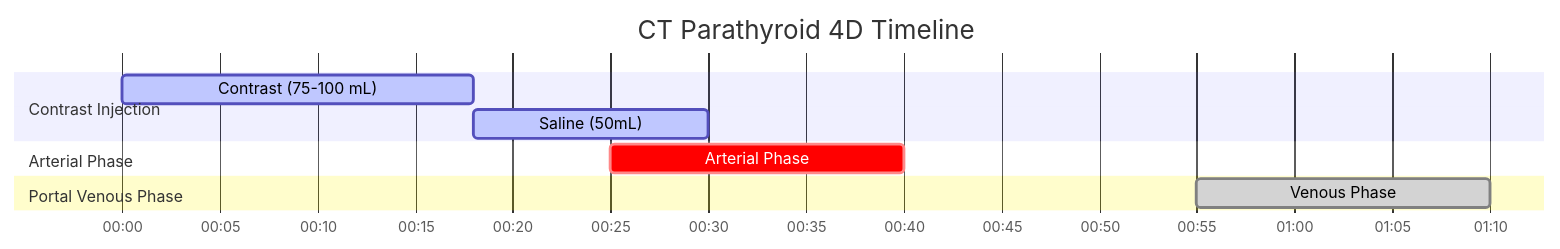
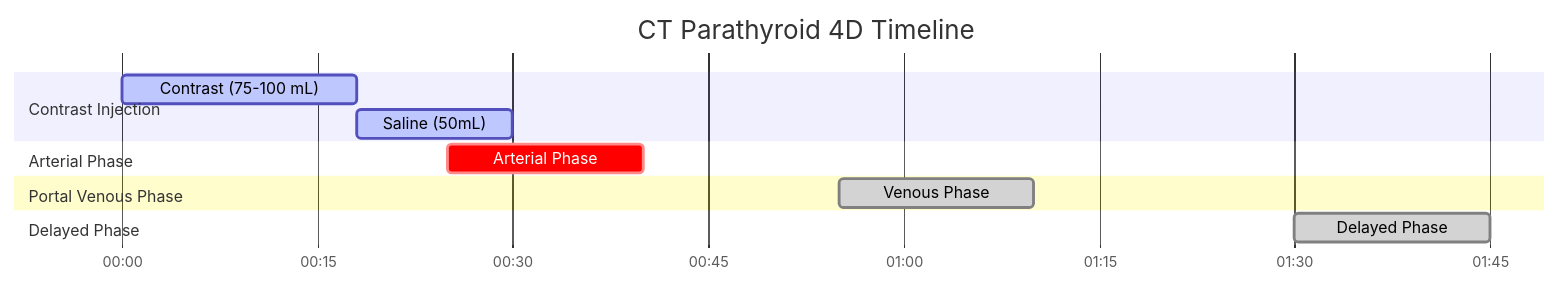
One commit to dfergs93/radiology-protocols changed the diagram in docs/ct/neuro/ct-parathyroid-4d.md. Above: the diagram before and after it, drawn with Mermaid. The commit also changed other lines of this file and 79 other files, not shown here.

````diff
--- a/docs/ct/neuro/ct-parathyroid-4d.md
+++ b/docs/ct/neuro/ct-parathyroid-4d.md
@@ -84,18 +85,20 @@
   ```mermaid
   ---
   config:
     theme: default
   ---
     gantt
       title CT Parathyroid 4D Timeline
       dateFormat mm:ss
       axisFormat %M:%S 
       
       section Contrast Injection
       Contrast (75-100 mL)    :active, contrast, 00:00, 18s
       Saline (50mL)          :active, saline, after contrast, 12s
       section Arterial Phase
-      Arterial Phase    :crit, scan3, 00:25, 15s
+      Arterial Phase    :crit, scan1, 00:25, 15s
       section Portal Venous Phase
-      Venous Phase    :done, scan4, 00:55, 15s
+      Venous Phase    :done, scan2, 00:55, 15s
+      section Delayed Phase
+      Delayed Phase    :done, scan3, 01:30, 15s
   ```
````
